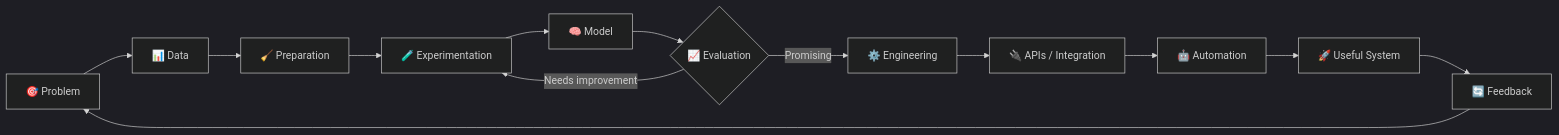
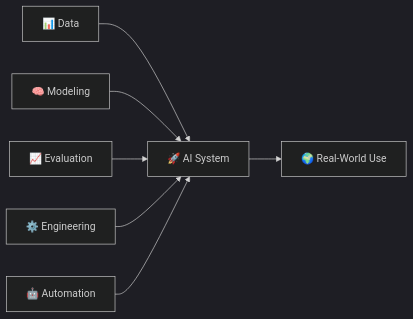
Before and after one commit to Muhammad-Riyan1/Muhammad-Riyan1: the third of 8 diagrams in README.md, drawn with Mermaid (dark theme). The commit also changed other lines of this file, not shown here.

````diff
--- a/README.md
+++ b/README.md
@@ -226,28 +226,17 @@
-```mermaid
+```mermaid id="workflow01"
 flowchart LR
 
-    P["🎯 Problem"]
-    --> D["📊 Data"]
+    DATA["📊 Data"]
+    MODEL["🧠 Modeling"]
+    EVAL["📈 Evaluation"]
+    ENG["⚙️ Engineering"]
+    AUTO["🤖 Automation"]
 
-    D --> PREP["🧹 Preparation"]
+    DATA --> SYSTEM["🚀 AI System"]
+    MODEL --> SYSTEM
+    EVAL --> SYSTEM
+    ENG --> SYSTEM
+    AUTO --> SYSTEM
 
-    PREP --> EXP["🧪 Experimentation"]
-
-    EXP --> MODEL["🧠 Model"]
-
-    MODEL --> EVAL{"📈 Evaluation"}
-
-    EVAL -->|"Needs improvement"| EXP
-
-    EVAL -->|"Promising"| ENG["⚙️ Engineering"]
-
-    ENG --> API["🔌 APIs / Integration"]
-
-    API --> AUTO["🤖 Automation"]
-
-    AUTO --> APP["🚀 Useful System"]
-
-    APP --> FEEDBACK["🔄 Feedback"]
-
-    FEEDBACK --> P
+    SYSTEM --> IMPACT["🌍 Real-World Use"]
 ```
````
